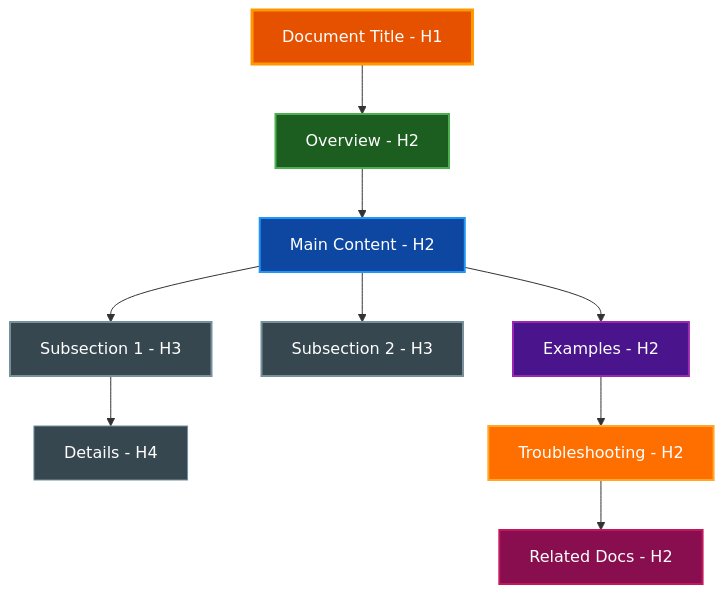
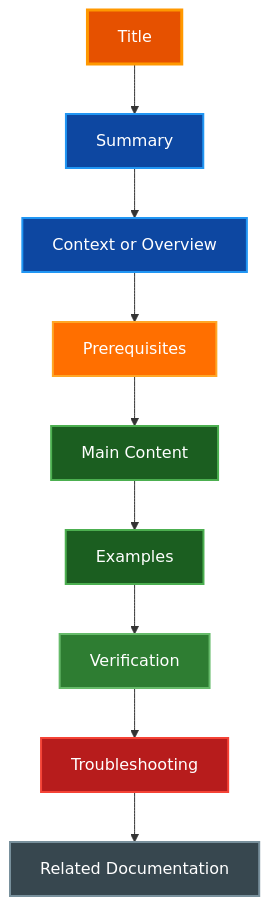
The first of 3 diagrams in docs/DOCUMENTATION_STYLE_GUIDE.md (paulrobello/par-term-emu-tui-rust), drawn with Mermaid before and after one commit. The commit also changed other lines of this file and 3 other files, not shown here.

````diff
--- a/docs/DOCUMENTATION_STYLE_GUIDE.md
+++ b/docs/DOCUMENTATION_STYLE_GUIDE.md
@@ -87,31 +117,37 @@
 ```mermaid
 graph TD
-    Title[Document Title - H1]
-    Overview[Overview - H2]
-    Main[Main Content - H2]
-    Sub1[Subsection 1 - H3]
-    Sub2[Subsection 2 - H3]
-    Details[Details - H4]
-    Examples[Examples - H2]
-    Trouble[Troubleshooting - H2]
-    Related[Related Docs - H2]
+    Title[Title]
+    Summary[Summary]
+    Context[Context or Overview]
+    Prereq[Prerequisites]
+    Body[Main Content]
+    Examples[Examples]
+    Verify[Verification]
+    Trouble[Troubleshooting]
+    Related[Related Documentation]
 
-    Title --> Overview
-    Overview --> Main
-    Main --> Sub1
-    Main --> Sub2
-    Sub1 --> Details
-    Main --> Examples
-    Examples --> Trouble
+    Title --> Summary
+    Summary --> Context
+    Context --> Prereq
+    Prereq --> Body
+    Body --> Examples
+    Examples --> Verify
+    Verify --> Trouble
     Trouble --> Related
 
-    style Title fill:#e65100,stroke:#ff9800,stroke-width:3px,color:#ffffff
-    style Overview fill:#1b5e20,stroke:#4caf50,stroke-width:2px,color:#ffffff
-    style Main fill:#0d47a1,stroke:#2196f3,stroke-width:2px,color:#ffffff
-    style Sub1 fill:#37474f,stroke:#78909c,stroke-width:2px,color:#ffffff
-    style Sub2 fill:#37474f,stroke:#78909c,stroke-width:2px,color:#ffffff
-    style Details fill:#37474f,stroke:#78909c,stroke-width:1px,color:#ffffff
-    style Examples fill:#4a148c,stroke:#9c27b0,stroke-width:2px,color:#ffffff
-    style Trouble fill:#ff6f00,stroke:#ffa726,stroke-width:2px,color:#ffffff
-    style Related fill:#880e4f,stroke:#c2185b,stroke-width:2px,color:#ffffff
+    class Title primary
+    class Summary,Context info
+    class Prereq warning
+    class Body,Examples active
+    class Verify success
+    class Trouble error
+    class Related neutral
+
+    classDef primary fill:#e65100,stroke:#ff9800,stroke-width:3px,color:#ffffff
+    classDef active fill:#1b5e20,stroke:#4caf50,stroke-width:2px,color:#ffffff
+    classDef success fill:#2e7d32,stroke:#66bb6a,stroke-width:2px,color:#ffffff
+    classDef error fill:#b71c1c,stroke:#f44336,stroke-width:2px,color:#ffffff
+    classDef warning fill:#ff6f00,stroke:#ffa726,stroke-width:2px,color:#ffffff
+    classDef info fill:#0d47a1,stroke:#2196f3,stroke-width:2px,color:#ffffff
+    classDef neutral fill:#37474f,stroke:#78909c,stroke-width:2px,color:#ffffff
 ```
````
